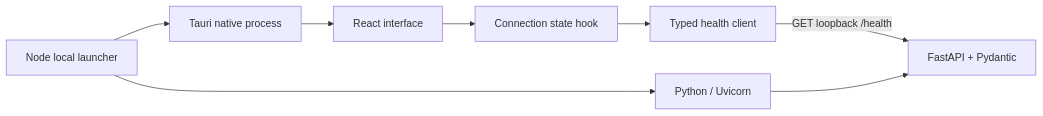
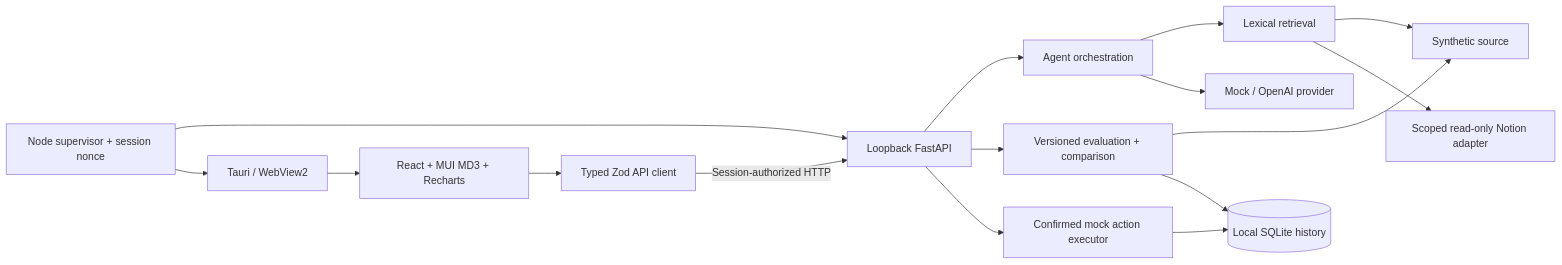
The diagram in docs/architecture.md (codejoetheduke/agent-reliability-lab), drawn with Mermaid before and after one commit. The commit also changed other lines of this file and 48 other files, not shown here.

````diff
--- a/docs/architecture.md
+++ b/docs/architecture.md
@@ -3,10 +3,18 @@
 ```mermaid
 flowchart LR
-  Launcher[Node local launcher] --> Python[Python / Uvicorn]
-  Launcher --> Tauri[Tauri native process]
-  Tauri --> React[React interface]
-  React --> Hook[Connection state hook]
-  Hook --> Client[Typed health client]
-  Client -->|GET loopback /health| API[FastAPI + Pydantic]
-  Python --> API
+  Launcher[Node supervisor + session nonce] --> Python[Loopback FastAPI]
+  Launcher --> Tauri[Tauri / WebView2]
+  Tauri --> React[React + MUI MD3 + Recharts]
+  React --> Client[Typed Zod API client]
+  Client -->|Session-authorized HTTP| Python
+  Python --> Agent[Agent orchestration]
+  Agent --> Retrieval[Lexical retrieval]
+  Retrieval --> Synthetic[Synthetic source]
+  Retrieval --> Notion[Scoped read-only Notion adapter]
+  Agent --> Provider[Mock / OpenAI provider]
+  Python --> Evaluation[Versioned evaluation + comparison]
+  Evaluation --> Synthetic
+  Evaluation --> SQLite[(Local SQLite history)]
+  Python --> Actions[Confirmed mock action executor]
+  Actions --> SQLite
 ```
````
